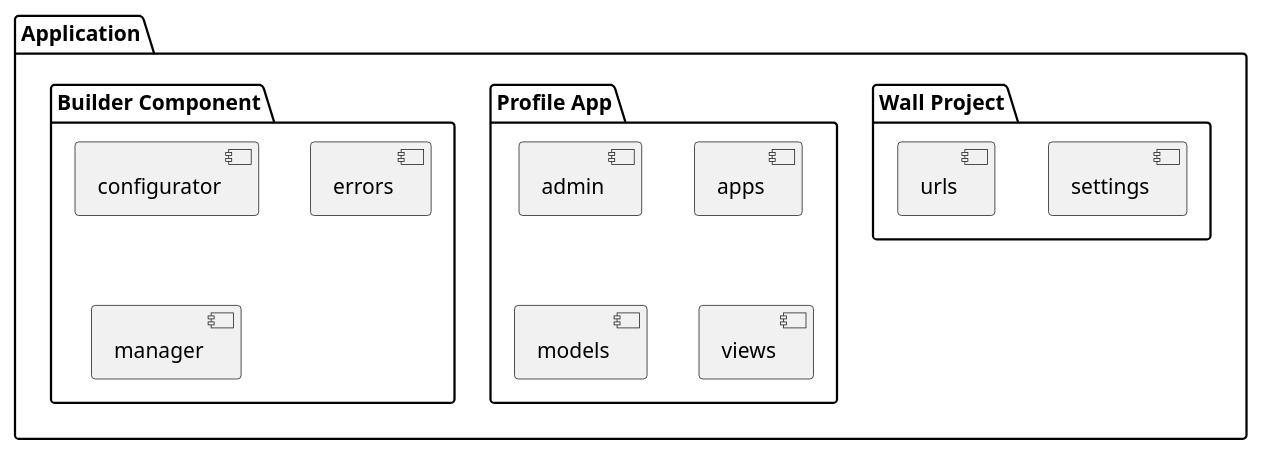
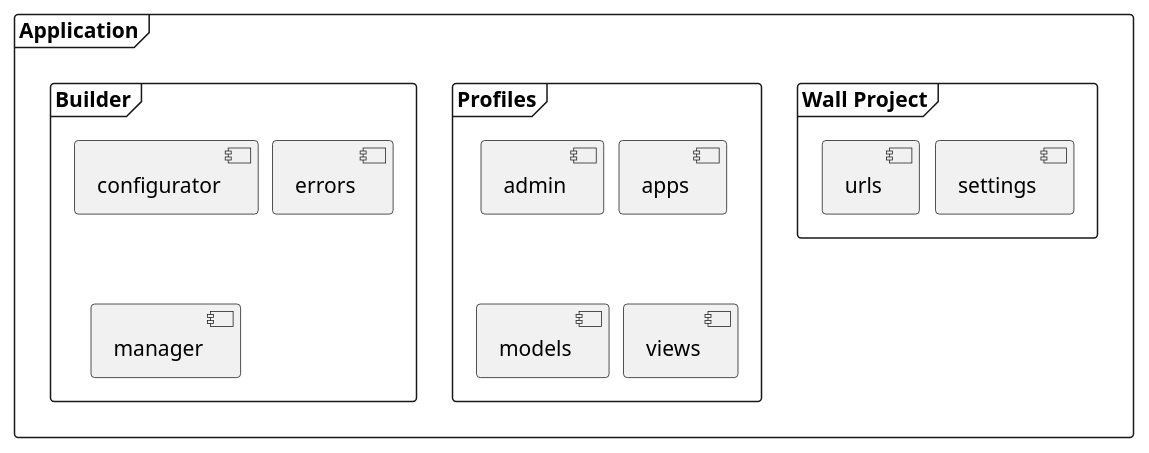
Before and after one commit to braboj/the-great-wall: the diagram in assets/plantuml/C4_L3_components.puml, drawn with PlantUML. The commit also changed 12 other files, not shown here.

Commit message:
(#16) - Update the plantuml diagrams

```diff
--- a/assets/plantuml/C4_L3_components.puml
+++ b/assets/plantuml/C4_L3_components.puml
@@ -1,27 +1,37 @@
 @startuml
 'https://plantuml.com/component-diagram
 
+skinparam {
+    PackageStyle Frame
+    ArrowColor #000000
+    BackgroundColor #ffffff
+    BorderColor #b0b0b0
+    linetype polyline
+    linetype ortho
+    nodesep 10
+'    ranksep 100
+}
 
 package "Application" {
 
     package "Wall Project" {
         [settings]
         [urls]
     }
 
-    package "Profile App" {
+    package "Profiles" {
         [admin]
         [apps]
         [models]
         [urls]
         [views]
     }
 
-    package "Builder Component" {
+    package "Builder" {
         [configurator]
         [errors]
         [manager]
     }
 }
 
 @enduml
```
